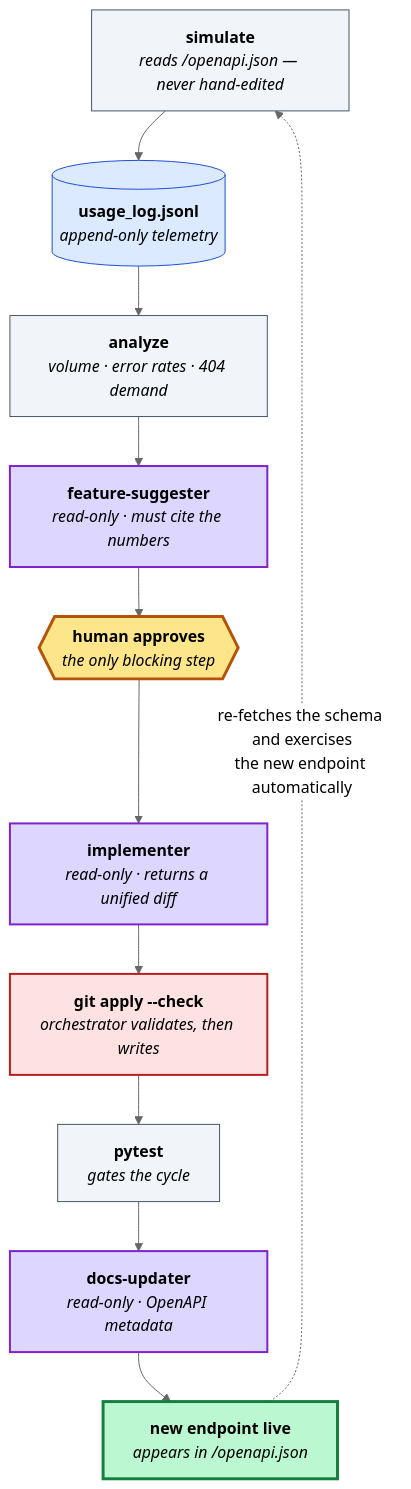
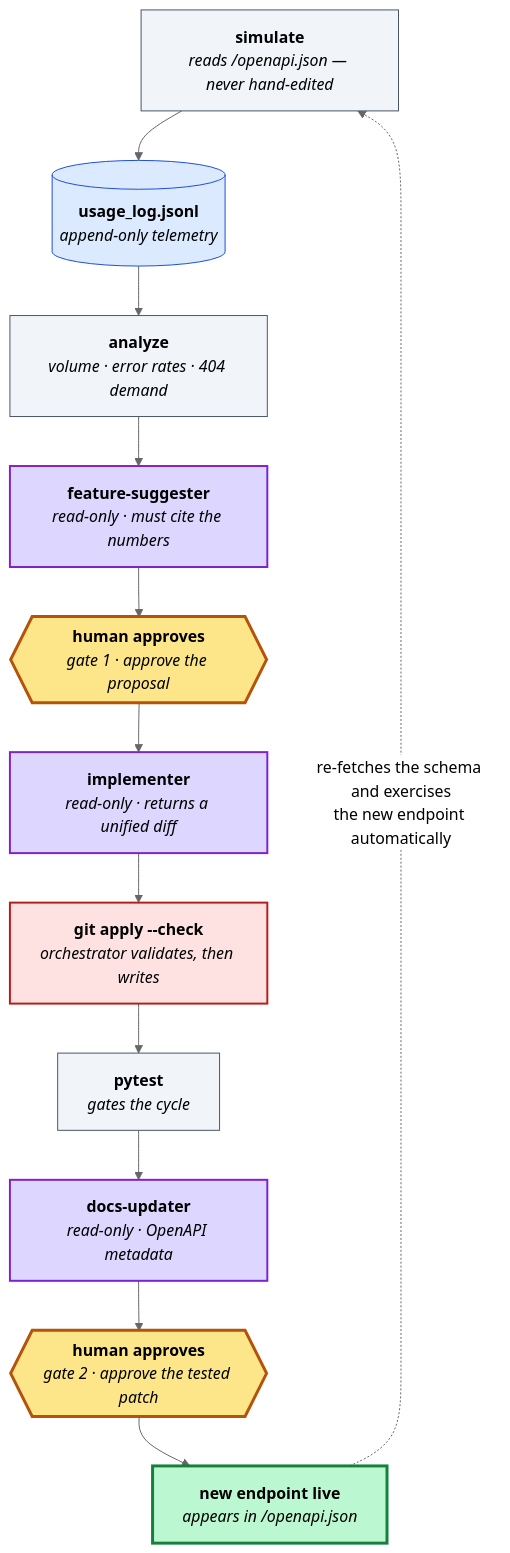
The diagram in README.md (rsitaniya/dev-flywheel), drawn with Mermaid (neutral theme) before and after one commit. The commit also changed other lines of this file and 2 other files, not shown here.

First line of the commit message:
Correct stale docs: two gates, real test count, no false merge claim

````diff
--- a/README.md
+++ b/README.md
@@ -26,27 +27,29 @@
 ```mermaid
 flowchart TD
     SIM["<b>simulate</b><br/><i>reads /openapi.json — never hand-edited</i>"]
     LOG[("<b>usage_log.jsonl</b><br/><i>append-only telemetry</i>")]
     AN["<b>analyze</b><br/><i>volume · error rates · 404 demand</i>"]
     SUG["<b>feature-suggester</b><br/><i>read-only · must cite the numbers</i>"]
-    HUM{{"<b>human approves</b><br/><i>the only blocking step</i>"}}
+    HUM{{"<b>human approves</b><br/><i>gate 1 · approve the proposal</i>"}}
     IMP["<b>implementer</b><br/><i>read-only · returns a unified diff</i>"]
     GA["<b>git apply --check</b><br/><i>orchestrator validates, then writes</i>"]
     TEST["<b>pytest</b><br/><i>gates the cycle</i>"]
     DOC["<b>docs-updater</b><br/><i>read-only · OpenAPI metadata</i>"]
+    HUM2{{"<b>human approves</b><br/><i>gate 2 · approve the tested patch</i>"}}
     API["<b>new endpoint live</b><br/><i>appears in /openapi.json</i>"]
 
-    SIM --> LOG --> AN --> SUG --> HUM --> IMP --> GA --> TEST --> DOC --> API
+    SIM --> LOG --> AN --> SUG --> HUM --> IMP --> GA --> TEST --> DOC --> HUM2 --> API
     API -.->|"re-fetches the schema and exercises<br/>the new endpoint automatically"| SIM
 
     style SIM fill:#f1f5f9,stroke:#475569,color:#000
     style AN fill:#f1f5f9,stroke:#475569,color:#000
     style TEST fill:#f1f5f9,stroke:#475569,color:#000
     style LOG fill:#dbeafe,stroke:#1d4ed8,color:#000
     style SUG fill:#ddd6fe,stroke:#7e22ce,stroke-width:2px,color:#000
     style IMP fill:#ddd6fe,stroke:#7e22ce,stroke-width:2px,color:#000
     style DOC fill:#ddd6fe,stroke:#7e22ce,stroke-width:2px,color:#000
     style GA fill:#fee2e2,stroke:#b91c1c,stroke-width:2px,color:#000
     style HUM fill:#fde68a,stroke:#b45309,stroke-width:3px,color:#000
+    style HUM2 fill:#fde68a,stroke:#b45309,stroke-width:3px,color:#000
     style API fill:#bbf7d0,stroke:#15803d,stroke-width:3px,color:#000
 ```
````
